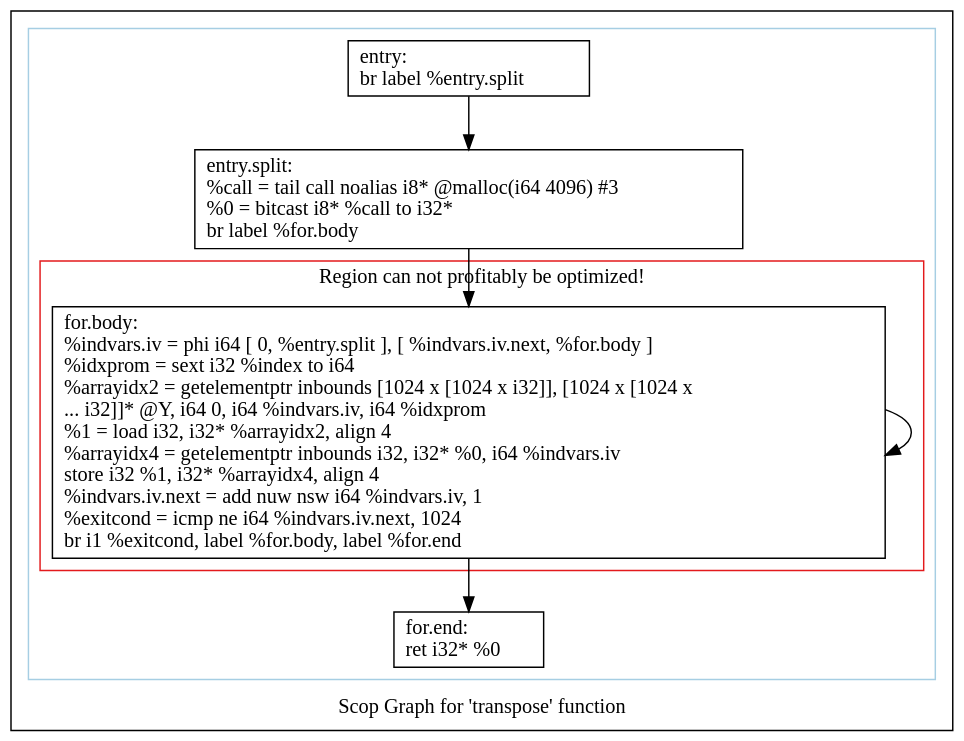
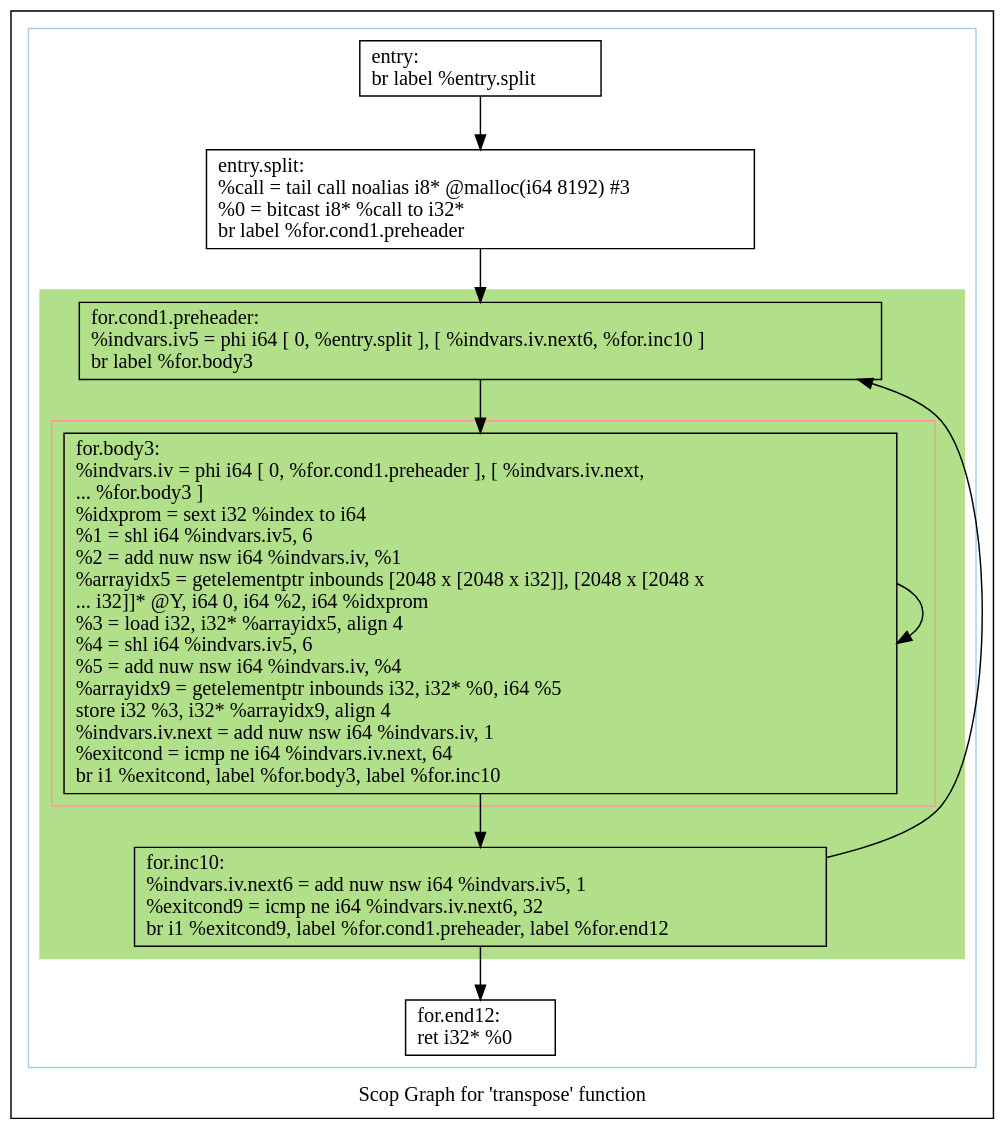
Before and after one commit to samminweng/WhileyOpenCL: the diagram in polly/MatrixMult/impl/handwritten3/dot/scops.transpose.dot, drawn with Graphviz. The commit also changed 20 other files, not shown here.

```diff
--- a/polly/MatrixMult/impl/handwritten3/dot/scops.transpose.dot
+++ b/polly/MatrixMult/impl/handwritten3/dot/scops.transpose.dot
@@ -1,27 +1,38 @@
 digraph "Scop Graph for 'transpose' function" {
 	label="Scop Graph for 'transpose' function";
 
-	Node0x63d79a0 [shape=record,label="{entry:\l  br label %entry.split\l}"];
-	Node0x63d79a0 -> Node0x63d7820;
-	Node0x63d7820 [shape=record,label="{entry.split:                                      \l  %call = tail call noalias i8* @malloc(i64 4096) #3\l  %0 = bitcast i8* %call to i32*\l  br label %for.body\l}"];
-	Node0x63d7820 -> Node0x63d7970;
-	Node0x63d7970 [shape=record,label="{for.body:                                         \l  %indvars.iv = phi i64 [ 0, %entry.split ], [ %indvars.iv.next, %for.body ]\l  %idxprom = sext i32 %index to i64\l  %arrayidx2 = getelementptr inbounds [1024 x [1024 x i32]], [1024 x [1024 x\l... i32]]* @Y, i64 0, i64 %indvars.iv, i64 %idxprom\l  %1 = load i32, i32* %arrayidx2, align 4\l  %arrayidx4 = getelementptr inbounds i32, i32* %0, i64 %indvars.iv\l  store i32 %1, i32* %arrayidx4, align 4\l  %indvars.iv.next = add nuw nsw i64 %indvars.iv, 1\l  %exitcond = icmp ne i64 %indvars.iv.next, 1024\l  br i1 %exitcond, label %for.body, label %for.end\l}"];
-	Node0x63d7970 -> Node0x63d7970[constraint=false];
-	Node0x63d7970 -> Node0x63d7840;
-	Node0x63d7840 [shape=record,label="{for.end:                                          \l  ret i32* %0\l}"];
+	Node0x51f7030 [shape=record,label="{entry:\l  br label %entry.split\l}"];
+	Node0x51f7030 -> Node0x520d890;
+	Node0x520d890 [shape=record,label="{entry.split:                                      \l  %call = tail call noalias i8* @malloc(i64 8192) #3\l  %0 = bitcast i8* %call to i32*\l  br label %for.cond1.preheader\l}"];
+	Node0x520d890 -> Node0x51f6fb0;
+	Node0x51f6fb0 [shape=record,label="{for.cond1.preheader:                              \l  %indvars.iv5 = phi i64 [ 0, %entry.split ], [ %indvars.iv.next6, %for.inc10 ]\l  br label %for.body3\l}"];
+	Node0x51f6fb0 -> Node0x520d9d0;
+	Node0x520d9d0 [shape=record,label="{for.body3:                                        \l  %indvars.iv = phi i64 [ 0, %for.cond1.preheader ], [ %indvars.iv.next,\l... %for.body3 ]\l  %idxprom = sext i32 %index to i64\l  %1 = shl i64 %indvars.iv5, 6\l  %2 = add nuw nsw i64 %indvars.iv, %1\l  %arrayidx5 = getelementptr inbounds [2048 x [2048 x i32]], [2048 x [2048 x\l... i32]]* @Y, i64 0, i64 %2, i64 %idxprom\l  %3 = load i32, i32* %arrayidx5, align 4\l  %4 = shl i64 %indvars.iv5, 6\l  %5 = add nuw nsw i64 %indvars.iv, %4\l  %arrayidx9 = getelementptr inbounds i32, i32* %0, i64 %5\l  store i32 %3, i32* %arrayidx9, align 4\l  %indvars.iv.next = add nuw nsw i64 %indvars.iv, 1\l  %exitcond = icmp ne i64 %indvars.iv.next, 64\l  br i1 %exitcond, label %for.body3, label %for.inc10\l}"];
+	Node0x520d9d0 -> Node0x520d9d0[constraint=false];
+	Node0x520d9d0 -> Node0x520d9f0;
+	Node0x520d9f0 [shape=record,label="{for.inc10:                                        \l  %indvars.iv.next6 = add nuw nsw i64 %indvars.iv5, 1\l  %exitcond9 = icmp ne i64 %indvars.iv.next6, 32\l  br i1 %exitcond9, label %for.cond1.preheader, label %for.end12\l}"];
+	Node0x520d9f0 -> Node0x51f6fb0[constraint=false];
+	Node0x520d9f0 -> Node0x520d8f0;
+	Node0x520d8f0 [shape=record,label="{for.end12:                                        \l  ret i32* %0\l}"];
 	colorscheme = "paired12"
-        subgraph cluster_0x63c95c0 {
+        subgraph cluster_0x521cda0 {
           label = "";
           style = solid;
           color = 1
-          subgraph cluster_0x63d7a00 {
-            label = "Region can not profitably be optimized!";
-            style = solid;
-            color = 6
-            Node0x63d7970;
+          subgraph cluster_0x521d020 {
+            label = "";
+            style = filled;
+            color = 3            subgraph cluster_0x521cfa0 {
+              label = "";
+              style = solid;
+              color = 5
+              Node0x520d9d0;
+            }
+            Node0x51f6fb0;
+            Node0x520d9f0;
           }
-          Node0x63d79a0;
-          Node0x63d7820;
-          Node0x63d7840;
+          Node0x51f7030;
+          Node0x520d890;
+          Node0x520d8f0;
         }
 }
```
